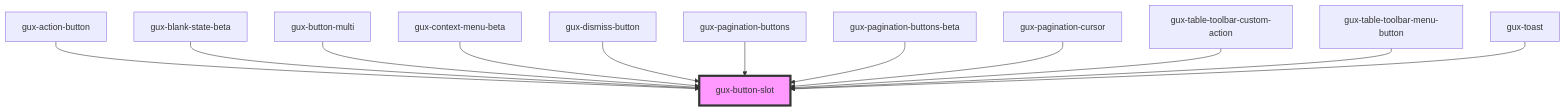
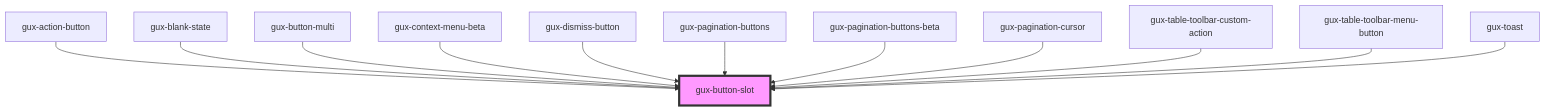
Before and after one commit to MyPureCloud/genesys-spark: the diagram in packages/genesys-spark-components/src/components/stable/gux-button-slot/readme.md, drawn with Mermaid. The commit also changed other lines of this file and 15 other files, not shown here.

````diff
--- a/packages/genesys-spark-components/src/components/stable/gux-button-slot/readme.md
+++ b/packages/genesys-spark-components/src/components/stable/gux-button-slot/readme.md
@@ -36,15 +36,15 @@
 ```mermaid
 graph TD;
   gux-action-button --> gux-button-slot
-  gux-blank-state-beta --> gux-button-slot
+  gux-blank-state --> gux-button-slot
   gux-button-multi --> gux-button-slot
   gux-context-menu-beta --> gux-button-slot
   gux-dismiss-button --> gux-button-slot
   gux-pagination-buttons --> gux-button-slot
   gux-pagination-buttons-beta --> gux-button-slot
   gux-pagination-cursor --> gux-button-slot
   gux-table-toolbar-custom-action --> gux-button-slot
   gux-table-toolbar-menu-button --> gux-button-slot
   gux-toast --> gux-button-slot
   style gux-button-slot fill:#f9f,stroke:#333,stroke-width:4px
 ```
````
